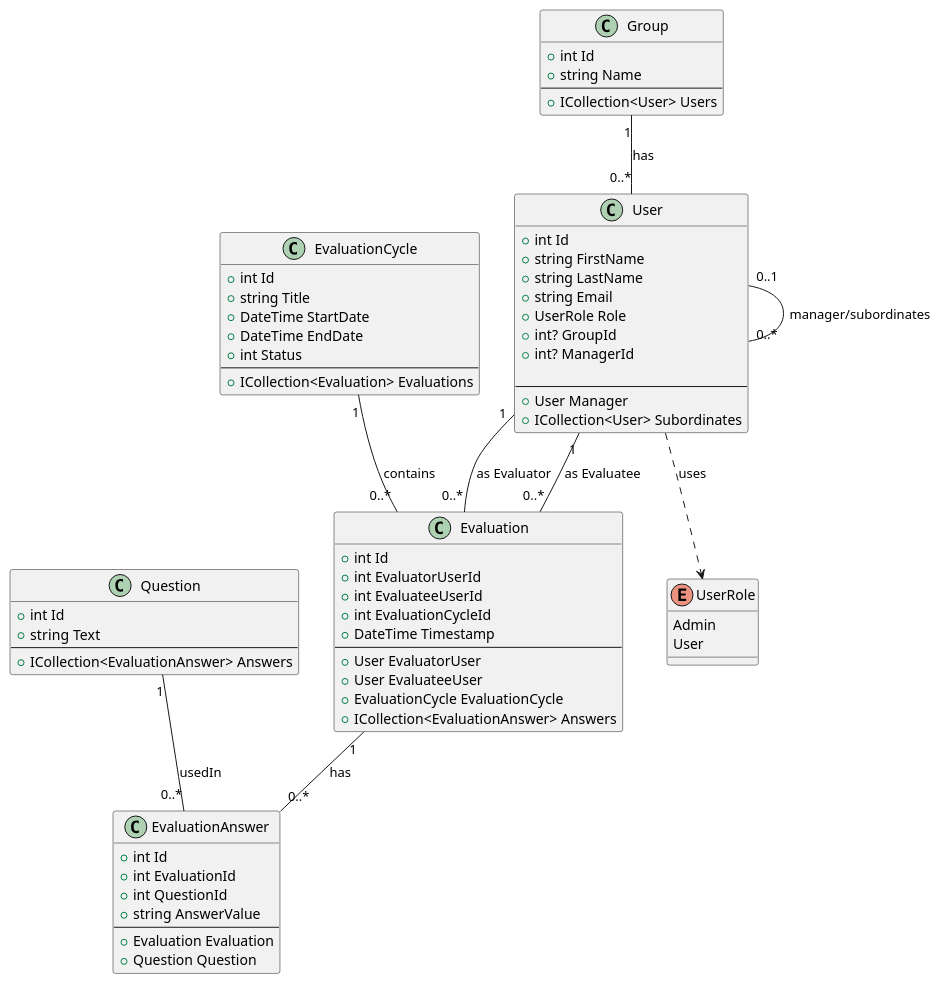
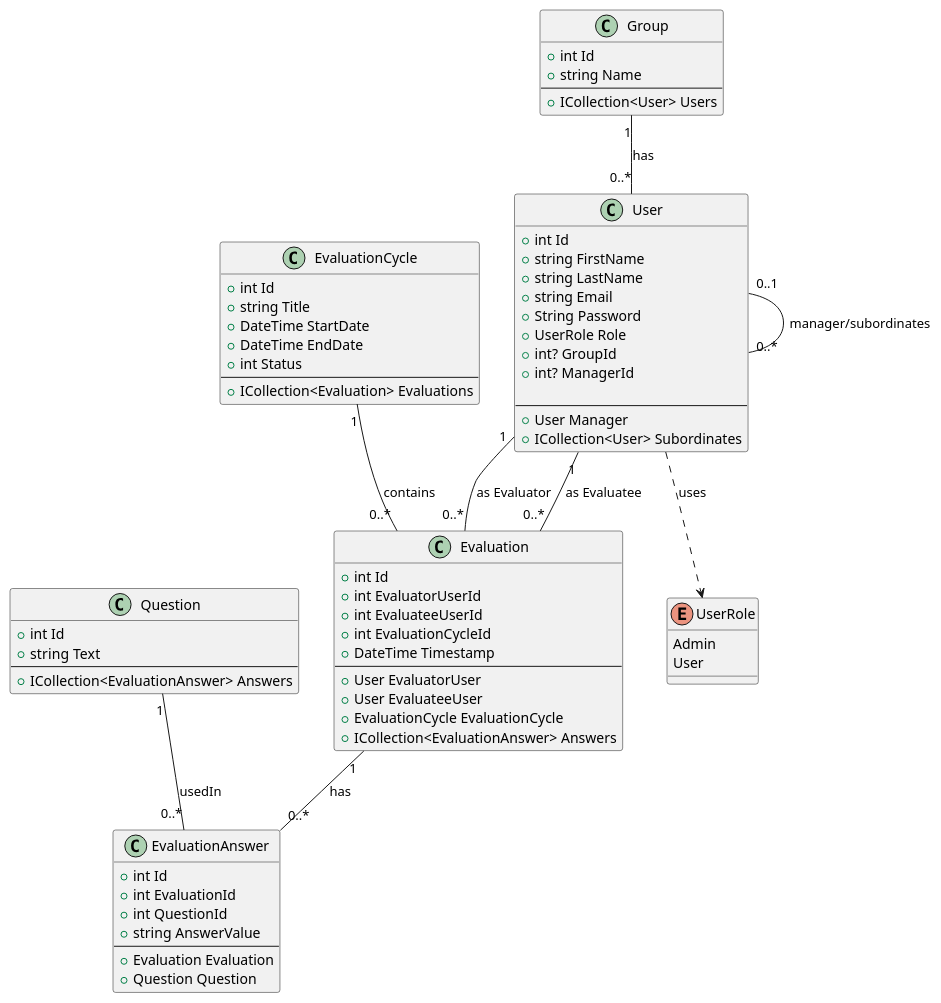
Before and after one commit to KostasBar/PeerEvalApp: the diagram in DiagramsAndDocumentation/ClassDiagramPlantUML.puml, drawn with PlantUML. The commit also changed 36 other files, not shown here.

```diff
--- a/DiagramsAndDocumentation/ClassDiagramPlantUML.puml
+++ b/DiagramsAndDocumentation/ClassDiagramPlantUML.puml
@@ -1,100 +1,101 @@
 @startuml
 '===========================================================
 ' Ορισμός Enum κλάσης για ρόλους
 '===========================================================
 enum UserRole {
   Admin
   User
 }
 
 '===========================================================
 ' Κλάσεις
 '===========================================================
 class User {
   + int Id
   + string FirstName
   + string LastName
   + string Email
+  + String Password
   + UserRole Role
   + int? GroupId
   + int? ManagerId
 
   --
   + User Manager              
   + ICollection<User> Subordinates
 }
 class Group {
   + int Id
   + string Name
   --
   + ICollection<User> Users
 }
 
 class EvaluationCycle {
   + int Id
   + string Title
   + DateTime StartDate
   + DateTime EndDate
   + int Status
   --
   + ICollection<Evaluation> Evaluations
 }
 
 class Question {
   + int Id
   + string Text
   --
   + ICollection<EvaluationAnswer> Answers
 }
 
 class Evaluation {
   + int Id
   + int EvaluatorUserId
   + int EvaluateeUserId
   + int EvaluationCycleId
   + DateTime Timestamp
   --
   + User EvaluatorUser
   + User EvaluateeUser
   + EvaluationCycle EvaluationCycle
   + ICollection<EvaluationAnswer> Answers
 }
 
 class EvaluationAnswer {
   + int Id
   + int EvaluationId
   + int QuestionId
   + string AnswerValue
   --
   + Evaluation Evaluation
   + Question Question
 }
 
 '===========================================================
 ' Συσχετίσεις (Relationships)
 '===========================================================
 
 ' Ένας User χρησιμοποιεί UserRole
 User ..> UserRole : uses
 
 ' Ένα Group έχει πολλούς Users
 Group "1" -- "0..*" User : has
 
 ' Συσχέτιση manager μεταξύ χρηστών:
 ' Ένας User μπορεί να έχει 0 ή 1 Manager (ο οποίος είναι επίσης User)
 User "0..1" -- "0..*" User : manager/subordinates
 
 ' Ένας User μπορεί να κάνει πολλές Evaluations (ως Evaluator)
 ' και να δεχτεί πολλές Evaluations (ως Evaluatee)
 User "1" -- "0..*" Evaluation : as Evaluator
 User "1" -- "0..*" Evaluation : as Evaluatee
 
 ' Ένας EvaluationCycle περιέχει πολλές Evaluations
 EvaluationCycle "1" -- "0..*" Evaluation : contains
 
 ' Κάθε Evaluation συνδέεται με πολλά EvaluationAnswer
 Evaluation "1" -- "0..*" EvaluationAnswer : has
 
 ' Μία Question μπορεί να είναι μέρος πολλών EvaluationAnswer
 Question "1" -- "0..*" EvaluationAnswer : usedIn
 @enduml
```
